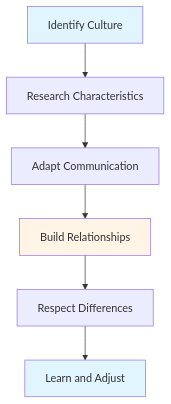
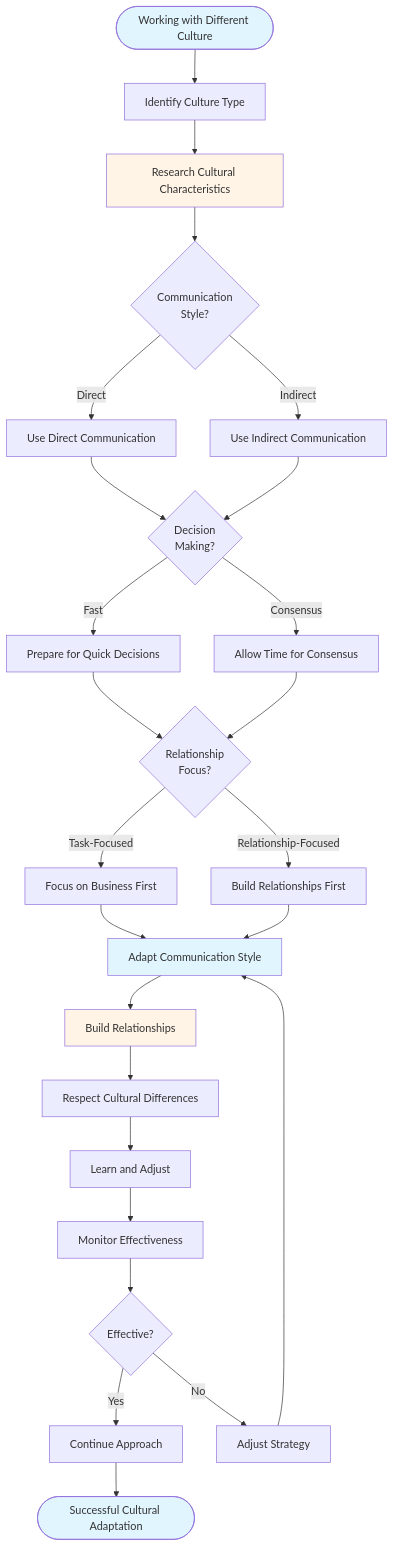
One commit to iouthnamain/tech-note changed the fifth of 6 diagrams in PM-Guides/COMMUNICATION_NEGOTIATION_GUIDE.md. Above: the diagram before and after it, drawn with Mermaid. The commit also changed other lines of this file and 68 other files, not shown here.

````diff
--- a/PM-Guides/COMMUNICATION_NEGOTIATION_GUIDE.md
+++ b/PM-Guides/COMMUNICATION_NEGOTIATION_GUIDE.md
@@ -815,12 +932,43 @@
 ```mermaid
-graph TD
-    A[Identify Culture] --> B[Research Characteristics]
-    B --> C[Adapt Communication]
-    C --> D[Build Relationships]
-    D --> E[Respect Differences]
-    E --> F[Learn and Adjust]
+flowchart TD
+    Start([Working with Different Culture]) --> Identify[Identify Culture Type]
     
-    style A fill:#e1f5ff
-    style D fill:#fff4e6
-    style F fill:#e1f5ff
+    Identify --> Research[Research Cultural Characteristics]
+    Research --> CommunicationStyle{Communication<br/>Style?}
+    
+    CommunicationStyle -->|Direct| DirectComm[Use Direct Communication]
+    CommunicationStyle -->|Indirect| IndirectComm[Use Indirect Communication]
+    
+    DirectComm --> DecisionStyle{Decision<br/>Making?}
+    IndirectComm --> DecisionStyle
+    
+    DecisionStyle -->|Fast| QuickDecisions[Prepare for Quick Decisions]
+    DecisionStyle -->|Consensus| SlowDecisions[Allow Time for Consensus]
+    
+    QuickDecisions --> Relationship{Relationship<br/>Focus?}
+    SlowDecisions --> Relationship
+    
+    Relationship -->|Task-Focused| TaskFirst[Focus on Business First]
+    Relationship -->|Relationship-Focused| RelFirst[Build Relationships First]
+    
+    TaskFirst --> Adapt[Adapt Communication Style]
+    RelFirst --> Adapt
+    
+    Adapt --> BuildRel[Build Relationships]
+    BuildRel --> Respect[Respect Cultural Differences]
+    Respect --> Learn[Learn and Adjust]
+    Learn --> Monitor[Monitor Effectiveness]
+    
+    Monitor --> Effective{Effective?}
+    Effective -->|Yes| Continue[Continue Approach]
+    Effective -->|No| Adjust[Adjust Strategy]
+    Adjust --> Adapt
+    
+    Continue --> End([Successful Cultural Adaptation])
+    
+    style Start fill:#e1f5ff
+    style Research fill:#fff4e6
+    style Adapt fill:#e1f5ff
+    style BuildRel fill:#fff4e6
+    style End fill:#e1f5ff
 ```
````
